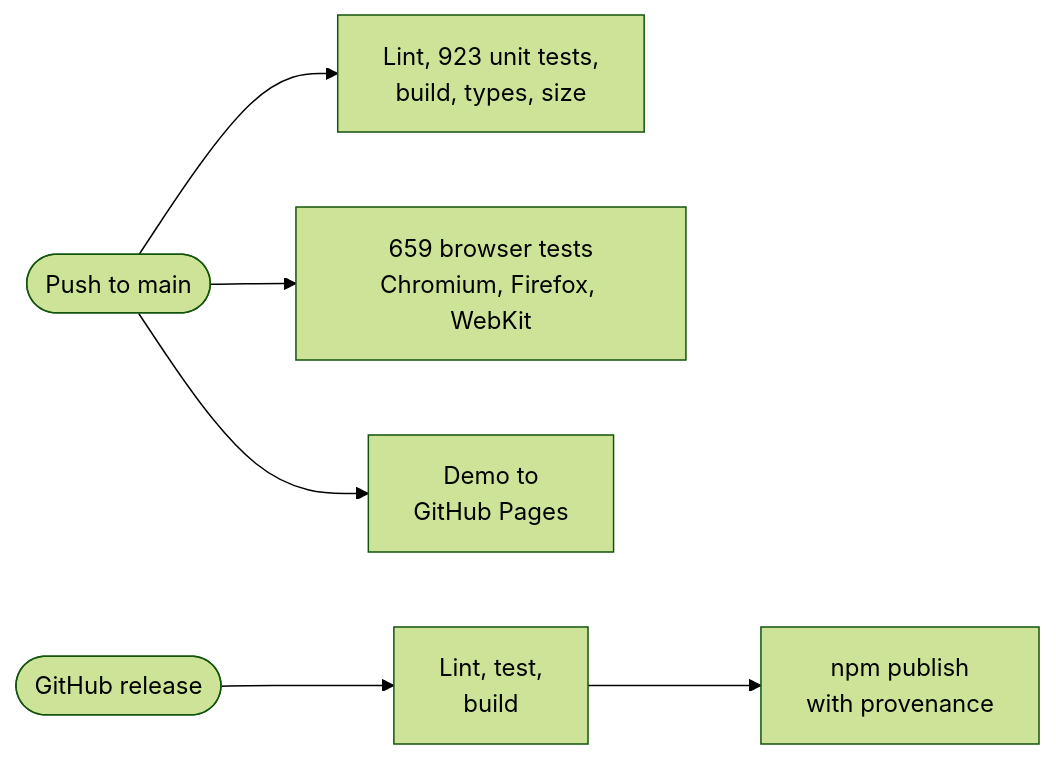
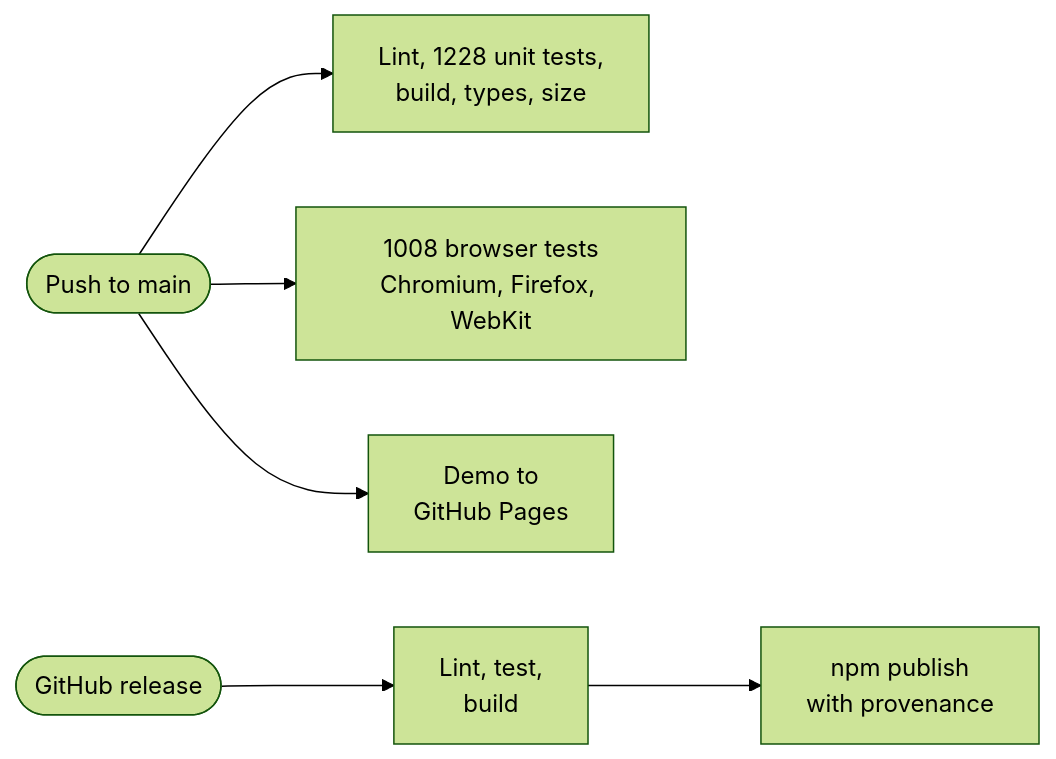
One commit to khadirullah/khadirullah.com changed the diagram in content/blog/2026/introducing-diagview/index.md. Above: the diagram before and after it, drawn with Mermaid (forest theme). The commit also changed other lines of this file, not shown here.

First line of the commit message:
blog: update DiagView test counts for v1.2.0 (introducing-diagview)

```diff
--- a/content/blog/2026/introducing-diagview/index.md
+++ b/content/blog/2026/introducing-diagview/index.md
@@ -373,8 +373,8 @@
 {{< mermaid >}}
 flowchart LR
-    push([Push to main]) --> test["Lint, 923 unit tests,<br/>build, types, size"]
-    push --> e2e["659 browser tests<br/>Chromium, Firefox, WebKit"]
+    push([Push to main]) --> test["Lint, 1228 unit tests,<br/>build, types, size"]
+    push --> e2e["1008 browser tests<br/>Chromium, Firefox, WebKit"]
     push --> pages["Demo to<br/>GitHub Pages"]
     release([GitHub release]) --> checks["Lint, test,<br/>build"]
     checks --> npm["npm publish<br/>with provenance"]
 {{< /mermaid >}}
```
